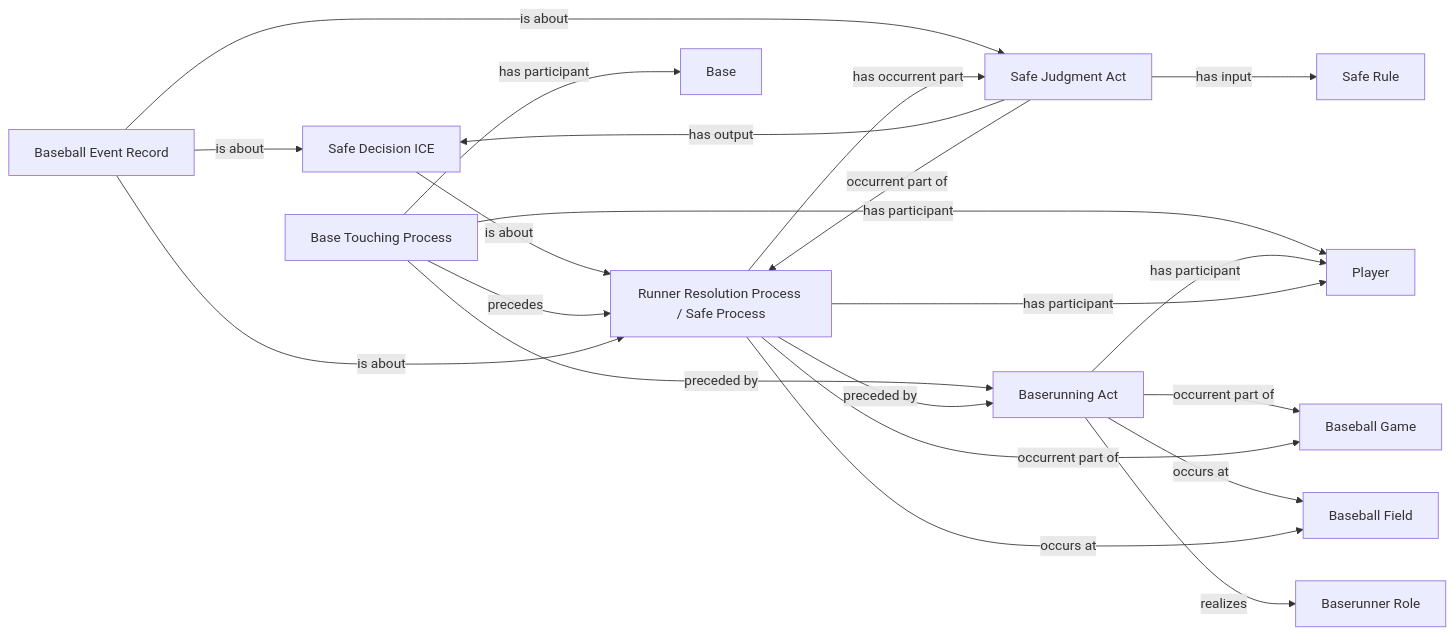
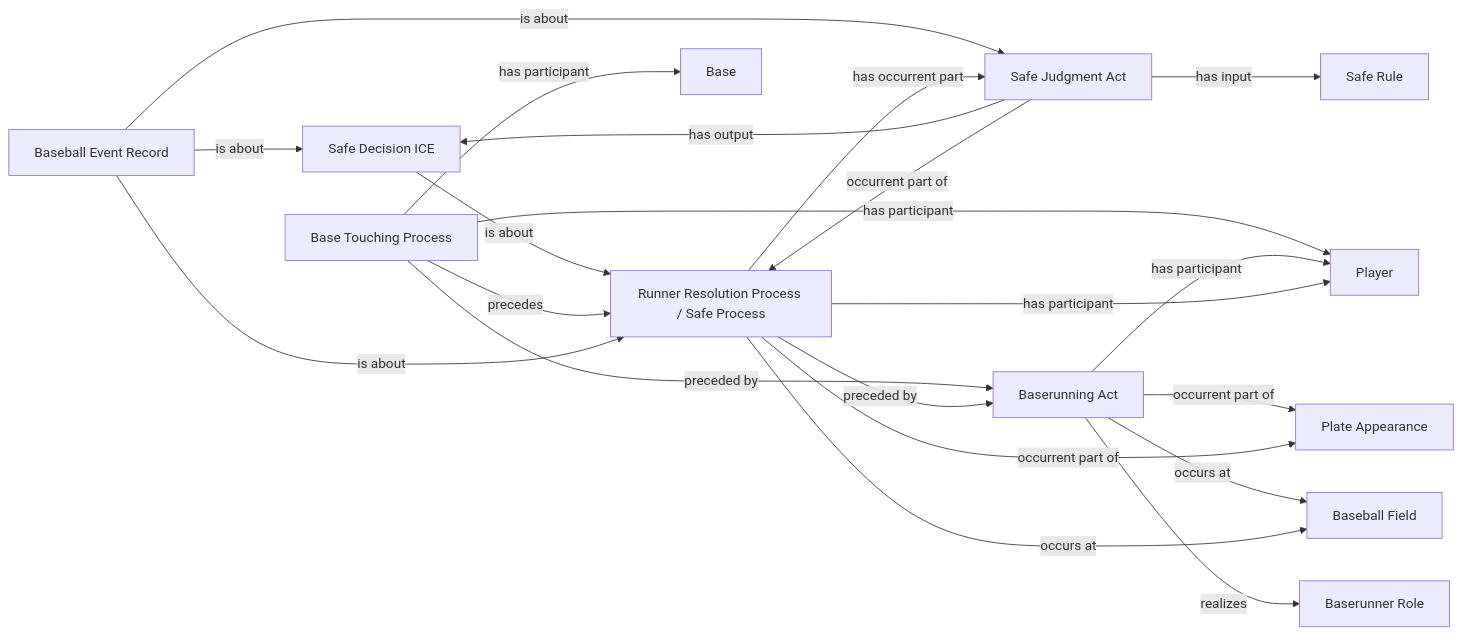
One commit to CarterBeauBenson/BaseballO changed the diagram in Baseball/mermaid/patterns/ontology/39-runner-reach.md. Above: the diagram before and after it, drawn with Mermaid. The commit also changed other lines of this file and 122 other files, not shown here.

````diff
--- a/Baseball/mermaid/patterns/ontology/39-runner-reach.md
+++ b/Baseball/mermaid/patterns/ontology/39-runner-reach.md
@@ -10,35 +10,35 @@
 ```mermaid
 flowchart LR
     N01["Safe Rule"]
-    N02["Baseball Game"]
-    N03["Safe Decision ICE"]
-    N04["Safe Judgment Act"]
+    N02["Safe Decision ICE"]
+    N03["Safe Judgment Act"]
+    N04["Plate Appearance"]
     N05["Baserunner Role"]
     N06["Base Touching Process"]
     N07["Baserunning Act"]
     N08["Baseball Event Record"]
     N09["Runner Resolution Process / Safe Process"]
     N10["Player"]
     N11["Base"]
     N12["Baseball Field"]
-    N03 -->|is about| N09
-    N04 -->|has input| N01
-    N04 -->|has output| N03
-    N04 -->|occurrent part of| N09
+    N02 -->|is about| N09
+    N03 -->|has input| N01
+    N03 -->|has output| N02
+    N03 -->|occurrent part of| N09
     N06 -->|has participant| N10
     N06 -->|has participant| N11
     N06 -->|preceded by| N07
     N06 -->|precedes| N09
     N07 -->|has participant| N10
-    N07 -->|occurrent part of| N02
+    N07 -->|occurrent part of| N04
     N07 -->|occurs at| N12
     N07 -->|realizes| N05
+    N08 -->|is about| N02
     N08 -->|is about| N03
-    N08 -->|is about| N04
     N08 -->|is about| N09
-    N09 -->|has occurrent part| N04
+    N09 -->|has occurrent part| N03
     N09 -->|has participant| N10
-    N09 -->|occurrent part of| N02
+    N09 -->|occurrent part of| N04
     N09 -->|occurs at| N12
     N09 -->|preceded by| N07
 ```
````
